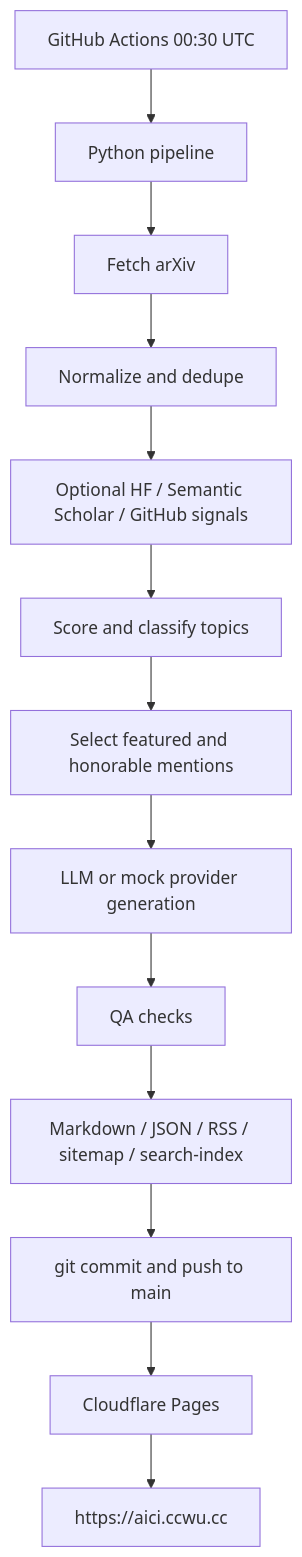
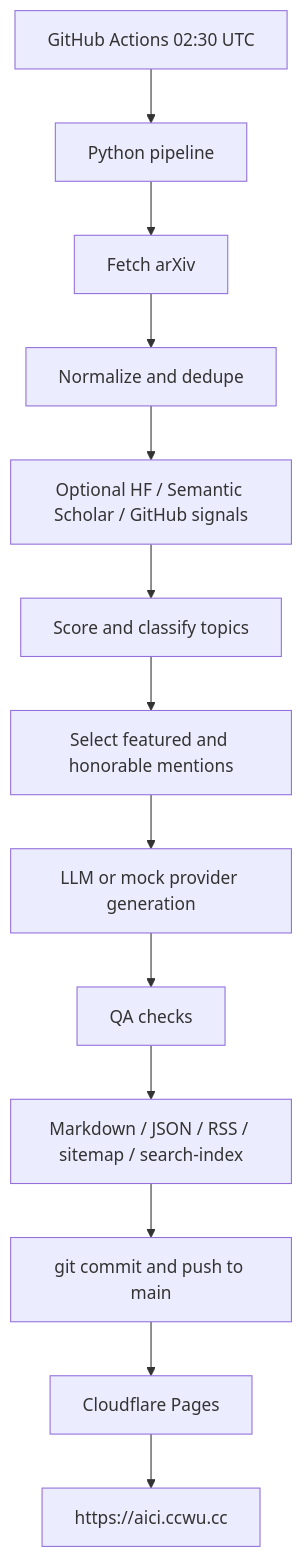
The diagram in README.md (siner9586/ai_research), drawn with Mermaid before and after one commit. The commit also changed other lines of this file and 28 other files, not shown here.

````diff
--- a/README.md
+++ b/README.md
@@ -31,15 +31,15 @@
 ```mermaid
 flowchart TD
-  A[GitHub Actions 00:30 UTC] --> B[Python pipeline]
+  A[GitHub Actions 02:30 UTC] --> B[Python pipeline]
   B --> C[Fetch arXiv]
   C --> D[Normalize and dedupe]
   D --> E[Optional HF / Semantic Scholar / GitHub signals]
   E --> F[Score and classify topics]
   F --> G[Select featured and honorable mentions]
   G --> H[LLM or mock provider generation]
   H --> I[QA checks]
   I --> J[Markdown / JSON / RSS / sitemap / search-index]
   J --> K[git commit and push to main]
   K --> L[Cloudflare Pages]
   L --> M[https://aici.ccwu.cc]
 ```
````
